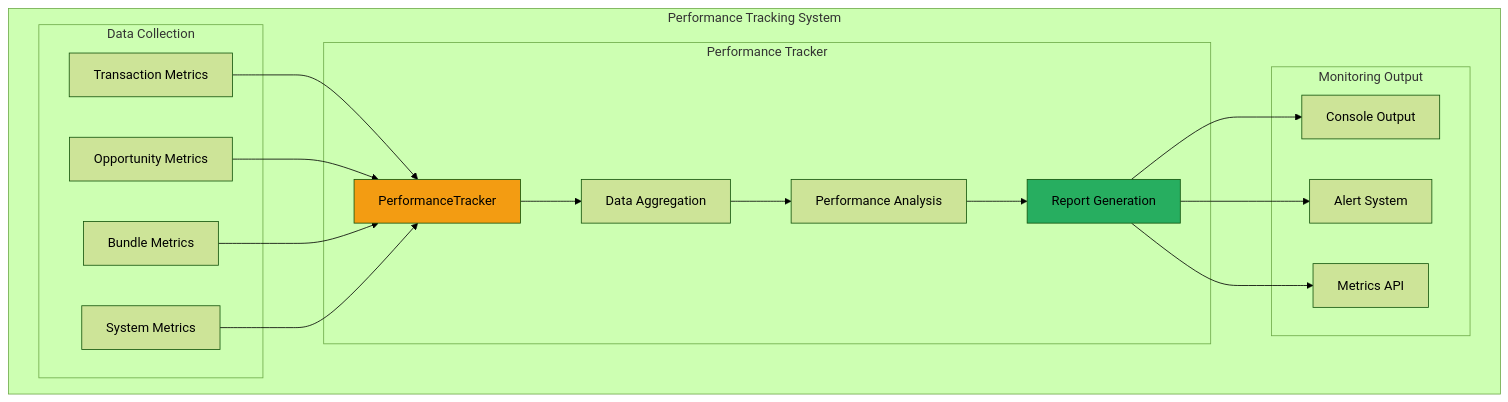
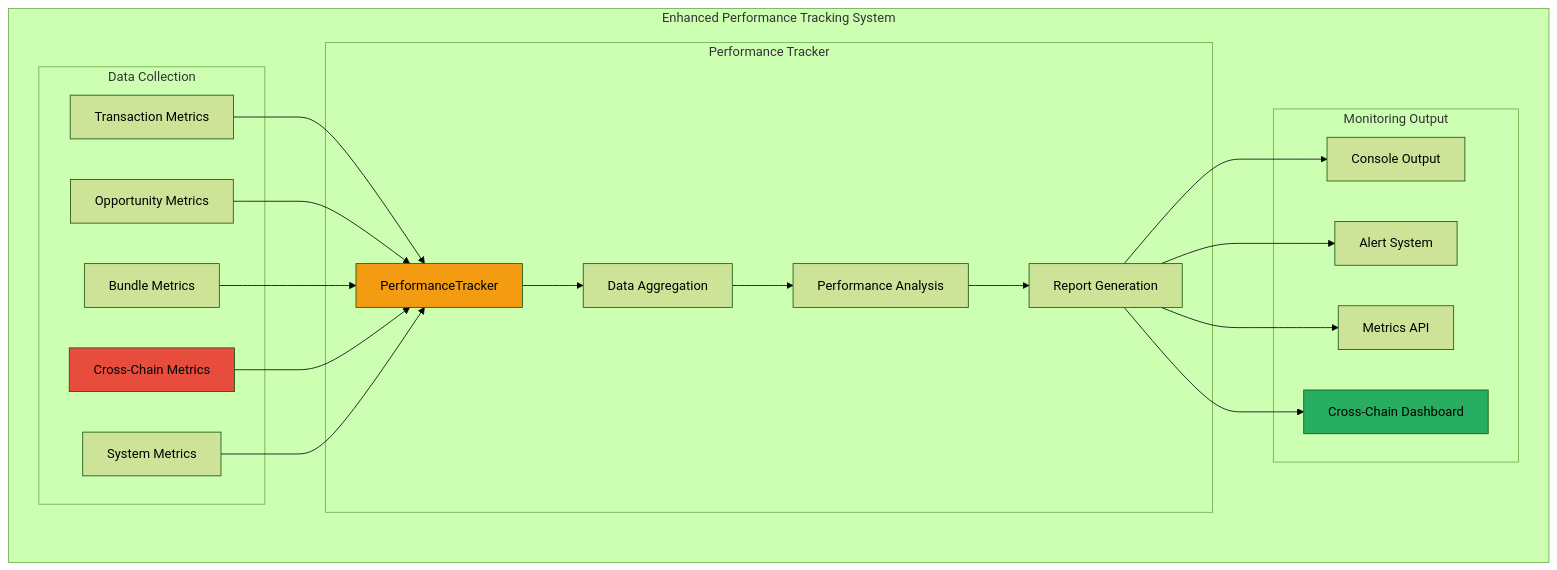
Diagram 11 of 15 in docs/ARCHITECTURE.md (blockbit-hama/xCrack), drawn with Mermaid (forest theme) before and after one commit. The commit also changed other lines of this file and 33 other files, not shown here.

````diff
--- a/docs/ARCHITECTURE.md
+++ b/docs/ARCHITECTURE.md
@@ -1642,36 +884,41 @@
 ```mermaid
 graph TD
-    subgraph "Performance Tracking System"
+    subgraph "Enhanced Performance Tracking System"
         subgraph "Data Collection"
             TX_METRIC[Transaction Metrics]
             OPP_METRIC[Opportunity Metrics]
             BUNDLE_METRIC[Bundle Metrics]
+            CROSS_CHAIN_METRIC[Cross-Chain Metrics]
             SYS_METRIC[System Metrics]
         end
 
         subgraph "Performance Tracker"
             PT[PerformanceTracker]
             PT --> AGGREGATION[Data Aggregation]
             AGGREGATION --> ANALYSIS[Performance Analysis]
             ANALYSIS --> REPORT[Report Generation]
         end
 
         subgraph "Monitoring Output"
             CONSOLE[Console Output]
             ALERTS[Alert System]
             METRICS_API[Metrics API]
+            CROSS_CHAIN_DASHBOARD[Cross-Chain Dashboard]
         end
     end
 
     TX_METRIC --> PT
     OPP_METRIC --> PT
     BUNDLE_METRIC --> PT
+    CROSS_CHAIN_METRIC --> PT
     SYS_METRIC --> PT
 
     REPORT --> CONSOLE
     REPORT --> ALERTS
     REPORT --> METRICS_API
+    REPORT --> CROSS_CHAIN_DASHBOARD
 
     style PT fill:#f39c12
-    style REPORT fill:#27ae60
+    style CROSS_CHAIN_METRIC fill:#e74c3c
+    style CROSS_CHAIN_DASHBOARD fill:#27ae60
 ```
````
